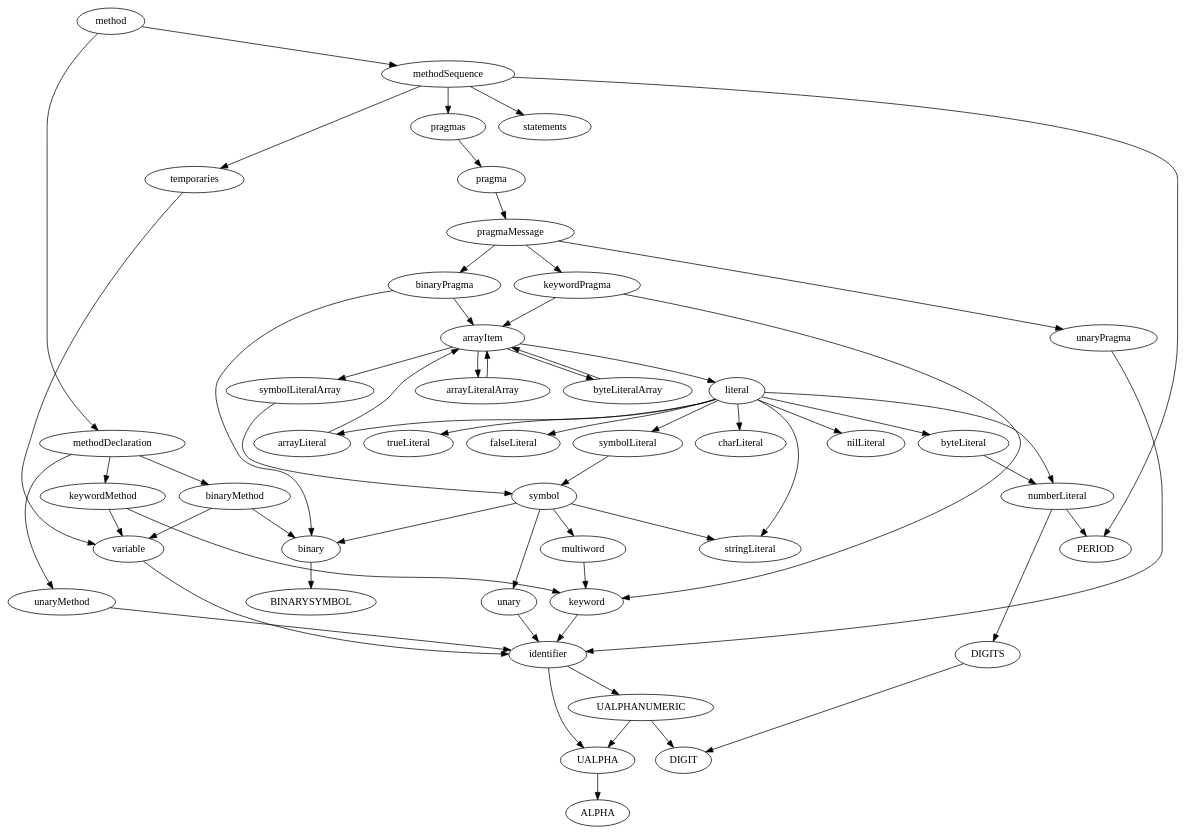
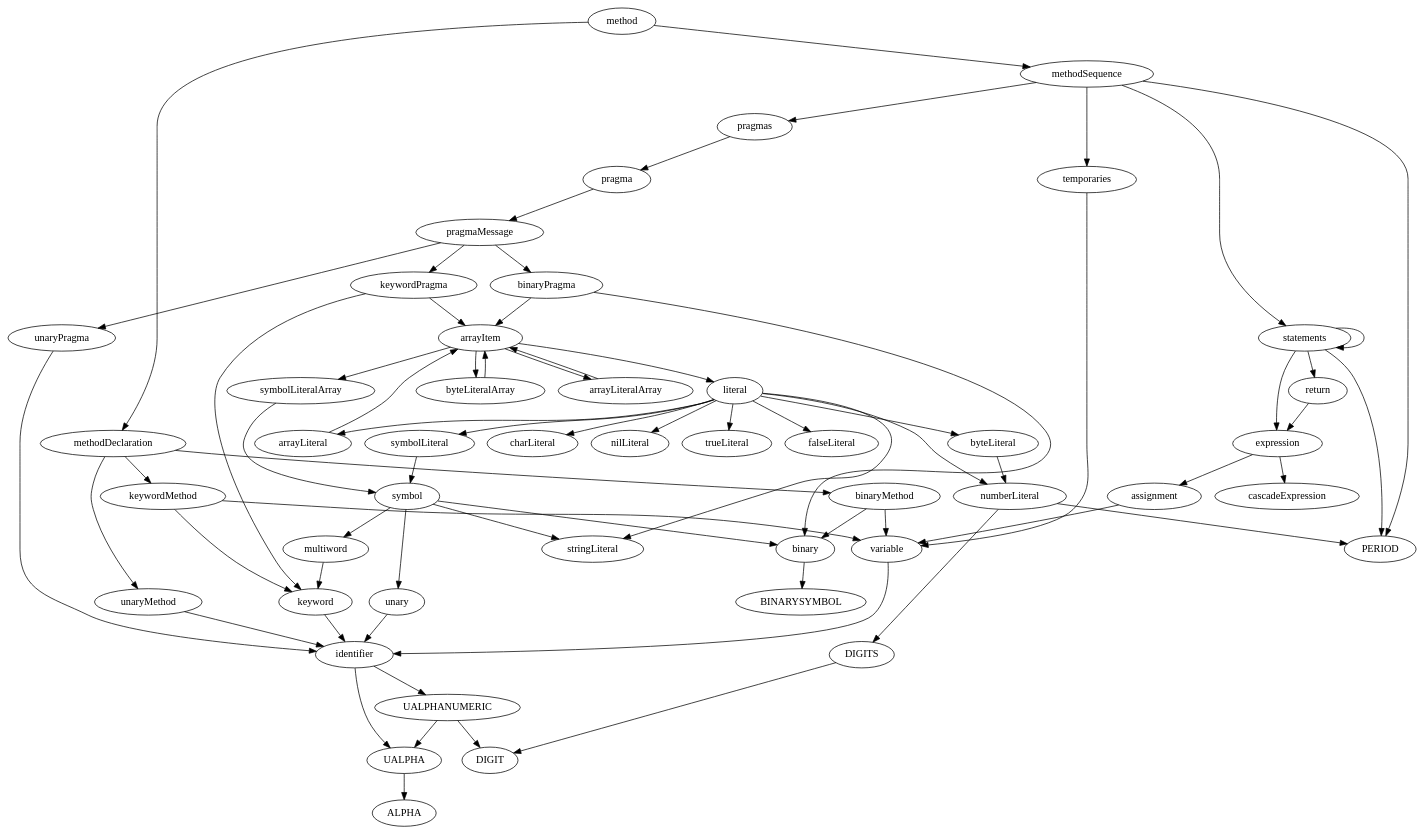
The diagram in Pharo.dot (Uko/Pharo-grammar), drawn with Graphviz before and after one commit. The commit also changed 1 other file, not shown here.

Commit message:
Added statements and expression definitions

```diff
--- a/Pharo.dot
+++ b/Pharo.dot
@@ -1,63 +1,71 @@
 digraph {
 method -> methodDeclaration;
 methodDeclaration -> keywordMethod;
 keywordMethod -> keyword;
 keyword -> identifier;
 identifier -> UALPHA;
 UALPHA -> ALPHA;
 identifier -> UALPHANUMERIC;
 UALPHANUMERIC -> UALPHA;
 UALPHANUMERIC -> DIGIT;
 keywordMethod -> variable;
 variable -> identifier;
 methodDeclaration -> unaryMethod;
 unaryMethod -> identifier;
 methodDeclaration -> binaryMethod;
 binaryMethod -> binary;
 binary -> BINARYSYMBOL;
 binaryMethod -> variable;
 method -> methodSequence;
 methodSequence -> PERIOD;
 methodSequence -> pragmas;
 pragmas -> pragma;
 pragma -> pragmaMessage;
 pragmaMessage -> keywordPragma;
 keywordPragma -> keyword;
 keywordPragma -> arrayItem;
 arrayItem -> literal;
 literal -> numberLiteral;
 numberLiteral -> DIGITS;
 DIGITS -> DIGIT;
 numberLiteral -> PERIOD;
 literal -> stringLiteral;
 literal -> charLiteral;
 literal -> arrayLiteral;
 arrayLiteral -> arrayItem;
 literal -> byteLiteral;
 byteLiteral -> numberLiteral;
 literal -> symbolLiteral;
 symbolLiteral -> symbol;
 symbol -> unary;
 unary -> identifier;
 symbol -> binary;
 symbol -> multiword;
 multiword -> keyword;
 symbol -> stringLiteral;
 literal -> nilLiteral;
 literal -> trueLiteral;
 literal -> falseLiteral;
 arrayItem -> symbolLiteralArray;
 symbolLiteralArray -> symbol;
 arrayItem -> arrayLiteralArray;
 arrayLiteralArray -> arrayItem;
 arrayItem -> byteLiteralArray;
 byteLiteralArray -> arrayItem;
 pragmaMessage -> unaryPragma;
 unaryPragma -> identifier;
 pragmaMessage -> binaryPragma;
 binaryPragma -> binary;
 binaryPragma -> arrayItem;
 methodSequence -> temporaries;
 temporaries -> variable;
 methodSequence -> statements;
+statements -> expression;
+expression -> assignment;
+assignment -> variable;
+expression -> cascadeExpression;
+statements -> PERIOD;
+statements -> statements;
+statements -> return;
+return -> expression;
 }
```
